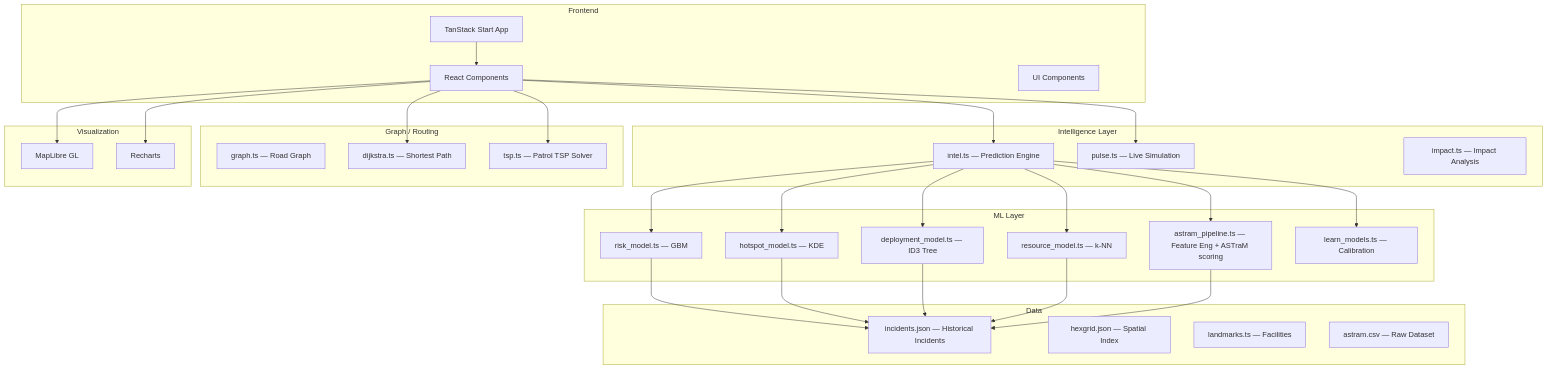
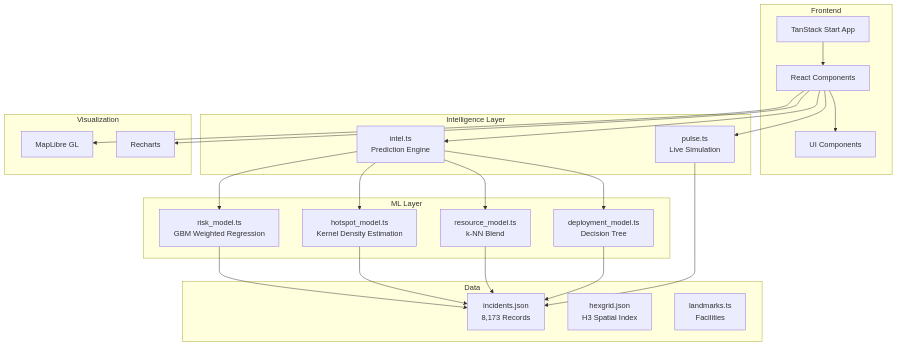
One commit to Pragati1466/Nethra changed the diagram in README.md. Above: the diagram before and after it, drawn with Mermaid. The commit also changed other lines of this file, not shown here.

````diff
--- a/README.md
+++ b/README.md
@@ -104,56 +97,47 @@
 ```mermaid
 graph TB
     subgraph "Frontend"
         A[TanStack Start App]
         B[React Components]
         C[UI Components]
     end
-
+    
     subgraph "ML Layer"
-        D[risk_model.ts — GBM]
-        E[hotspot_model.ts — KDE]
-        F[deployment_model.ts — ID3 Tree]
-        G[resource_model.ts — k-NN]
-        H[astram_pipeline.ts — Feature Eng + ASTraM scoring]
-        I[learn_models.ts — Calibration]
+        D[risk_model.ts<br/>GBM Weighted Regression]
+        E[hotspot_model.ts<br/>Kernel Density Estimation]
+        F[resource_model.ts<br/>k-NN Blend]
+        G[deployment_model.ts<br/>Decision Tree]
     end
-
+    
     subgraph "Intelligence Layer"
-        J[intel.ts — Prediction Engine]
-        K[pulse.ts — Live Simulation]
-        L[impact.ts — Impact Analysis]
+        H[intel.ts<br/>Prediction Engine]
+        I[pulse.ts<br/>Live Simulation]
     end
-
-    subgraph "Graph / Routing"
-        M[graph.ts — Road Graph]
-        N[dijkstra.ts — Shortest Path]
-        O[tsp.ts — Patrol TSP Solver]
+    
+    subgraph "Data"
+        J[incidents.json<br/>8,173 Records]
+        K[hexgrid.json<br/>H3 Spatial Index]
+        L[landmarks.ts<br/>Facilities]
     end
-
-    subgraph "Data"
-        P[incidents.json — Historical Incidents]
-        Q[hexgrid.json — Spatial Index]
-        R[landmarks.ts — Facilities]
-        S[astram.csv — Raw Dataset]
+    
+    subgraph "Visualization"
+        M[MapLibre GL]
+        N[Recharts]
     end
-
-    subgraph "Visualization"
-        T[MapLibre GL]
-        U[Recharts]
-    end
-
+    
     A --> B
-    B --> J
-    B --> K
-    J --> D
-    J --> E
-    J --> F
-    J --> G
-    J --> H
-    J --> I
-    D & E & F & G & H --> P
-    B --> T
-    B --> U
+    B --> C
+    B --> H
+    B --> I
+    H --> D
+    H --> E
+    H --> F
+    H --> G
+    D --> J
+    E --> J
+    F --> J
+    G --> J
+    I --> J
+    B --> M
     B --> N
-    B --> O
 ```
````
